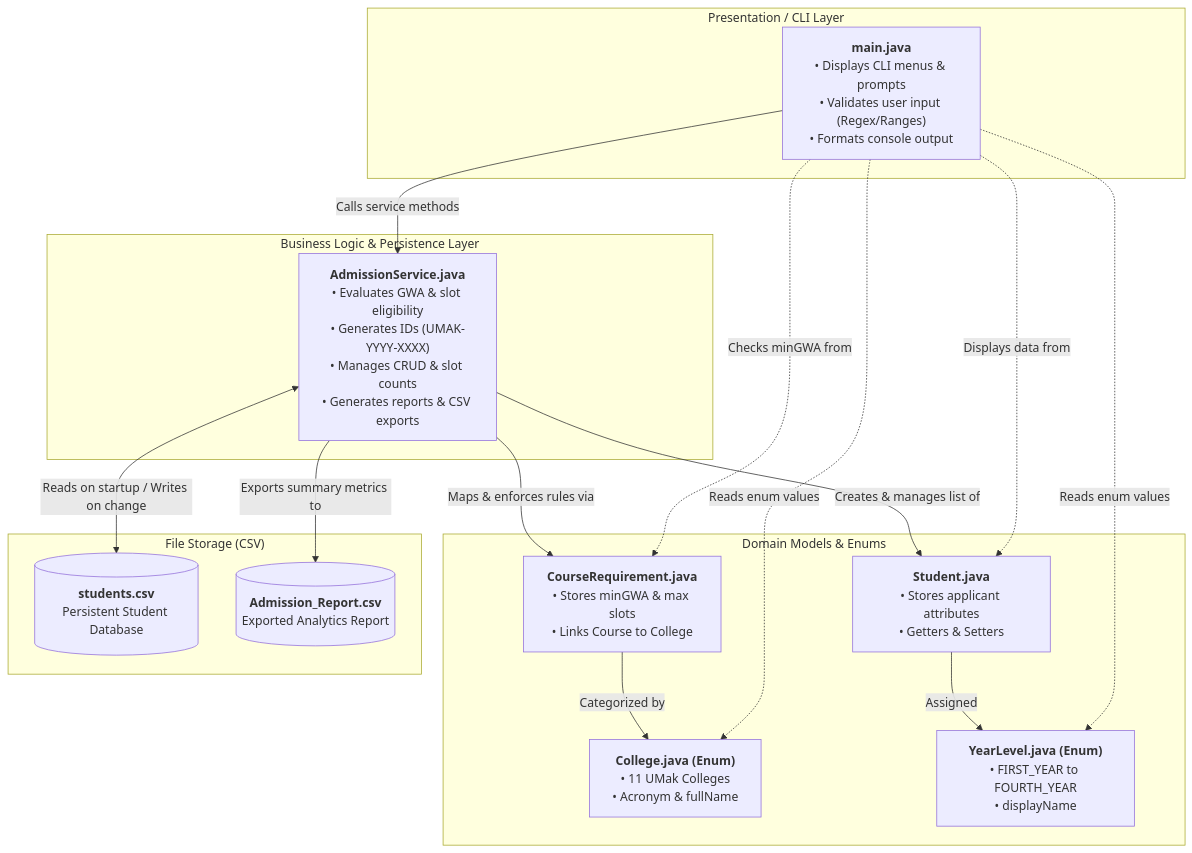
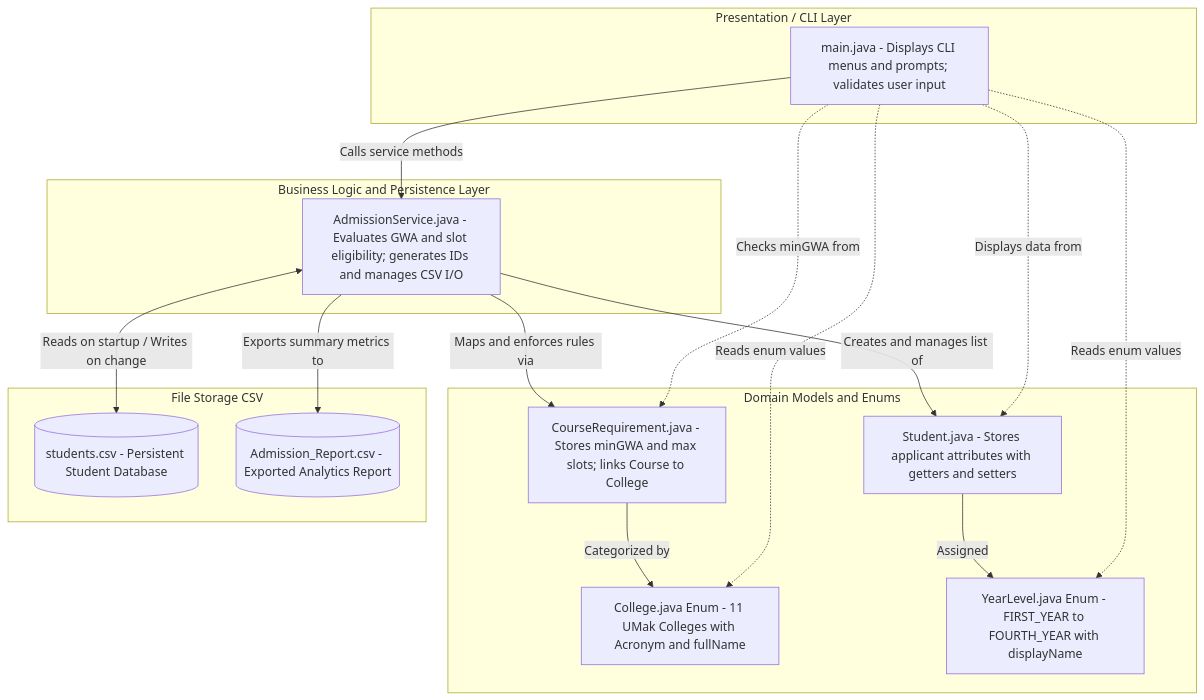
Before and after one commit to NA0r3n/SchoolAdmission-JavaBased-System: the first of 2 diagrams in System Flowcharts and Pseudocode.md, drawn with Mermaid. The commit also changed other lines of this file, not shown here.

Commit message:
Refactor flowchart descriptions for clarity

````diff
--- a/System Flowcharts and Pseudocode.md
+++ b/System Flowcharts and Pseudocode.md
@@ -7,36 +7,36 @@
 ```mermaid
 flowchart TD
     subgraph Presentation_Layer ["Presentation / CLI Layer"]
-        MAIN["<b>main.java</b><br/>• Displays CLI menus & prompts<br/>• Validates user input (Regex/Ranges)<br/>• Formats console output"]
+        MAIN["main.java - Displays CLI menus and prompts; validates user input"]
     end
 
-    subgraph Service_Layer ["Business Logic & Persistence Layer"]
-        SERVICE["<b>AdmissionService.java</b><br/>• Evaluates GWA & slot eligibility<br/>• Generates IDs (UMAK-YYYY-XXXX)<br/>• Manages CRUD & slot counts<br/>• Generates reports & CSV exports"]
+    subgraph Service_Layer ["Business Logic and Persistence Layer"]
+        SERVICE["AdmissionService.java - Evaluates GWA and slot eligibility; generates IDs and manages CSV I/O"]
     end
 
-    subgraph Domain_Models ["Domain Models & Enums"]
-        STUDENT["<b>Student.java</b><br/>• Stores applicant attributes<br/>• Getters & Setters"]
-        COURSEREQ["<b>CourseRequirement.java</b><br/>• Stores minGWA & max slots<br/>• Links Course to College"]
-        COLLEGE["<b>College.java (Enum)</b><br/>• 11 UMak Colleges<br/>• Acronym & fullName"]
-        YEAR["<b>YearLevel.java (Enum)</b><br/>• FIRST_YEAR to FOURTH_YEAR<br/>• displayName"]
+    subgraph Domain_Models ["Domain Models and Enums"]
+        STUDENT["Student.java - Stores applicant attributes with getters and setters"]
+        COURSEREQ["CourseRequirement.java - Stores minGWA and max slots; links Course to College"]
+        COLLEGE["College.java Enum - 11 UMak Colleges with Acronym and fullName"]
+        YEAR["YearLevel.java Enum - FIRST_YEAR to FOURTH_YEAR with displayName"]
     end
 
-    subgraph Storage_Layer ["File Storage (CSV)"]
-        CSV_DB[("<b>students.csv</b><br/>Persistent Student Database")]
-        CSV_REP[("<b>Admission_Report.csv</b><br/>Exported Analytics Report")]
+    subgraph Storage_Layer ["File Storage CSV"]
+        CSV_DB[("students.csv - Persistent Student Database")]
+        CSV_REP[("Admission_Report.csv - Exported Analytics Report")]
     end
 
     MAIN -->|"Calls service methods"| SERVICE
     MAIN -.->|"Reads enum values"| COLLEGE
     MAIN -.->|"Reads enum values"| YEAR
     MAIN -.->|"Displays data from"| STUDENT
     MAIN -.->|"Checks minGWA from"| COURSEREQ
 
-    SERVICE -->|"Creates & manages list of"| STUDENT
-    SERVICE -->|"Maps & enforces rules via"| COURSEREQ
+    SERVICE -->|"Creates and manages list of"| STUDENT
+    SERVICE -->|"Maps and enforces rules via"| COURSEREQ
     COURSEREQ -->|"Categorized by"| COLLEGE
     STUDENT -->|"Assigned"| YEAR
 
     SERVICE <-->|"Reads on startup / Writes on change"| CSV_DB
     SERVICE -->|"Exports summary metrics to"| CSV_REP
 ```
````
